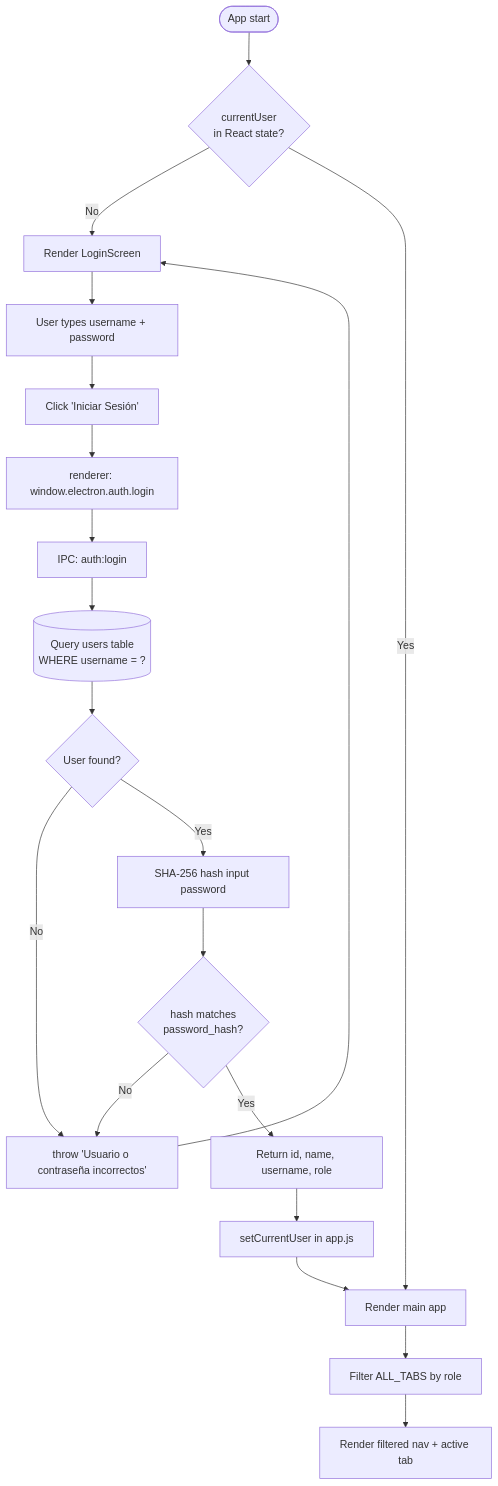
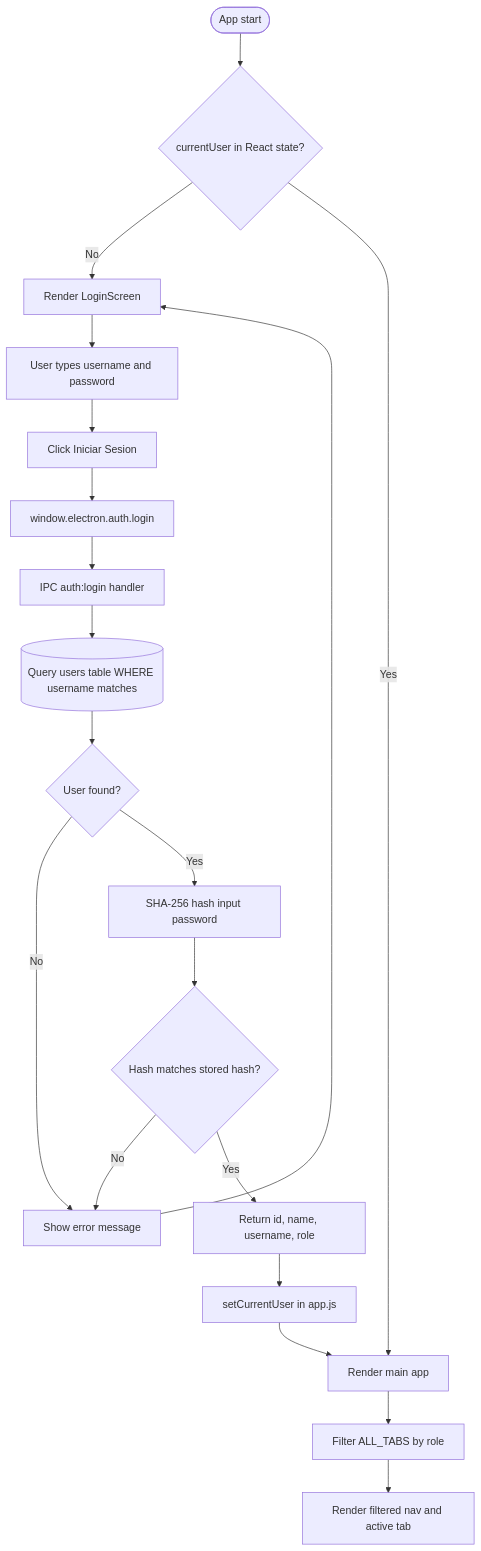
Before and after one commit to seqencia/InventoryProyectHome: the first of 3 diagrams in docs/diagrams/FLOW-LOGIN.md, drawn with Mermaid. The commit also changed other lines of this file and 6 other files, not shown here.

First line of the commit message:
fix: correct Mermaid syntax errors in all diagrams

````diff
--- a/docs/diagrams/FLOW-LOGIN.md
+++ b/docs/diagrams/FLOW-LOGIN.md
@@ -5,27 +5,27 @@
 ```mermaid
 flowchart TD
-    A([App start]) --> B{currentUser\nin React state?}
+    A([App start]) --> B{currentUser in React state?}
     B -- No --> C[Render LoginScreen]
     B -- Yes --> MAIN[Render main app]
 
-    C --> D[User types username + password]
-    D --> E[Click 'Iniciar Sesión']
-    E --> F[renderer: window.electron.auth.login]
-    F --> G[IPC: auth:login]
+    C --> D[User types username and password]
+    D --> E[Click Iniciar Sesion]
+    E --> F[window.electron.auth.login]
+    F --> G[IPC auth:login handler]
 
-    G --> H[(Query users table\nWHERE username = ?)]
+    G --> H[(Query users table WHERE username matches)]
     H --> I{User found?}
-    I -- No --> ERR1[throw 'Usuario o contraseña incorrectos']
+    I -- No --> ERR1[Show error message]
     ERR1 --> C
 
     I -- Yes --> J[SHA-256 hash input password]
-    J --> K{hash matches\npassword_hash?}
+    J --> K{Hash matches stored hash?}
     K -- No --> ERR1
     K -- Yes --> L[Return id, name, username, role]
 
     L --> M[setCurrentUser in app.js]
     M --> MAIN
 
     MAIN --> N[Filter ALL_TABS by role]
-    N --> O[Render filtered nav + active tab]
+    N --> O[Render filtered nav and active tab]
 ```
````
